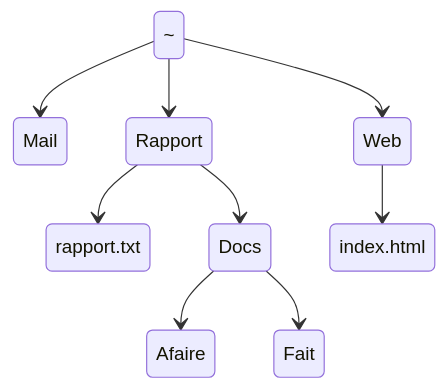
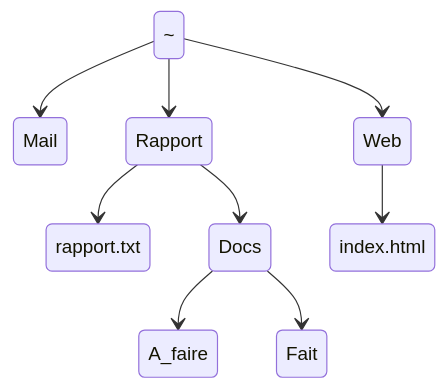
The diagram in docs/contents/tp1.md (Pingasmaster/introduction-linux), drawn with Mermaid before and after one commit. The commit also changed other lines of this file, not shown here.

````diff
--- a/docs/contents/tp1.md
+++ b/docs/contents/tp1.md
@@ -150,11 +151,11 @@
 ```mermaid
 stateDiagram-v2
     ~ --> Mail
     ~ --> Rapport
     ~ --> Web
     Rapport --> rapport.txt
     Rapport --> Docs
-    Docs --> Afaire
+    Docs --> A_faire
     Docs --> Fait
     Web --> index.html
 ```
````
